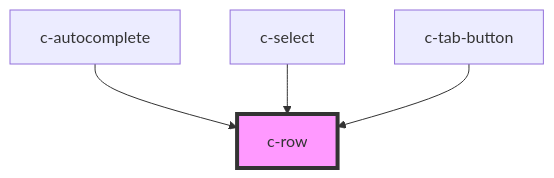
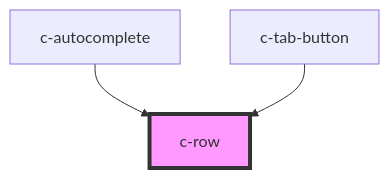
The diagram in src/components/row/readme.md (hannyle/csc-ui), drawn with Mermaid before and after one commit. The commit also changed other lines of this file and 38 other files, not shown here.

````diff
--- a/src/components/row/readme.md
+++ b/src/components/row/readme.md
@@ -17,7 +16,6 @@
 ```mermaid
 graph TD;
   c-autocomplete --> c-row
-  c-select --> c-row
   c-tab-button --> c-row
   style c-row fill:#f9f,stroke:#333,stroke-width:4px
 ```
````
